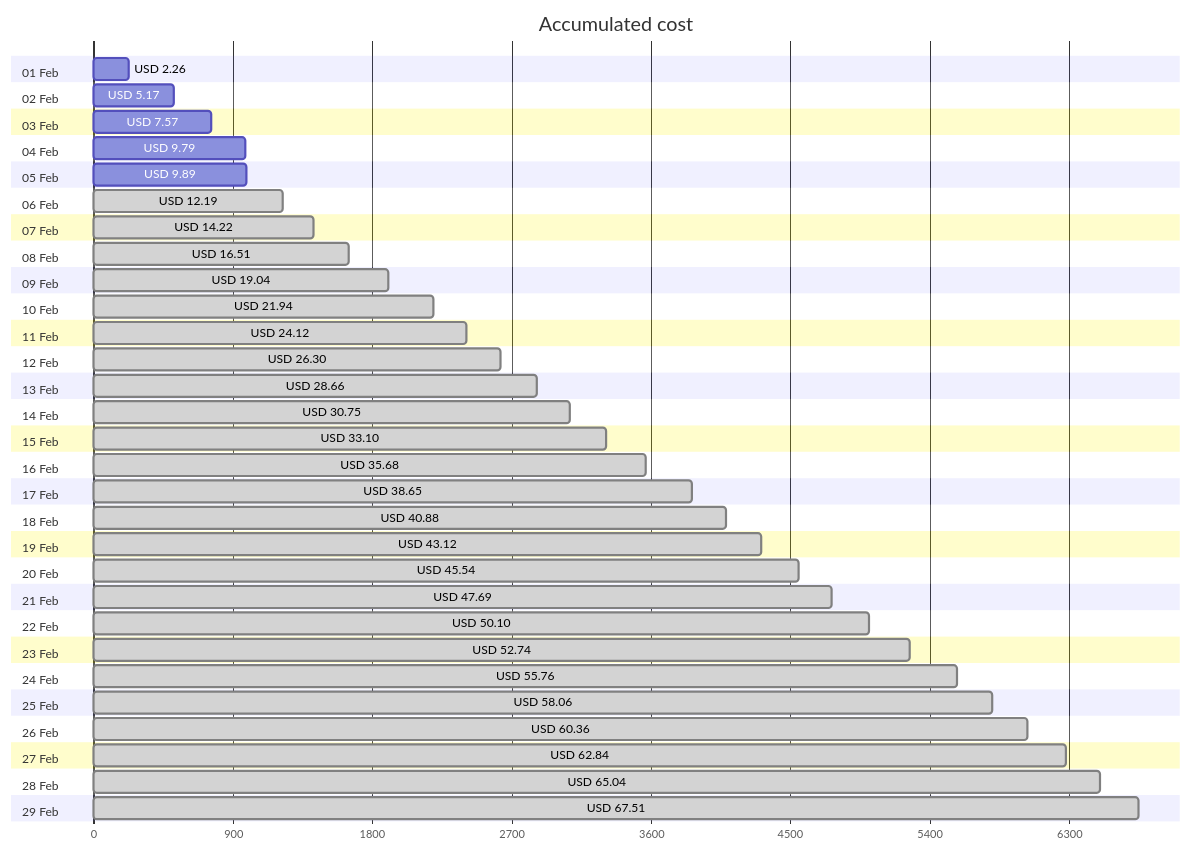
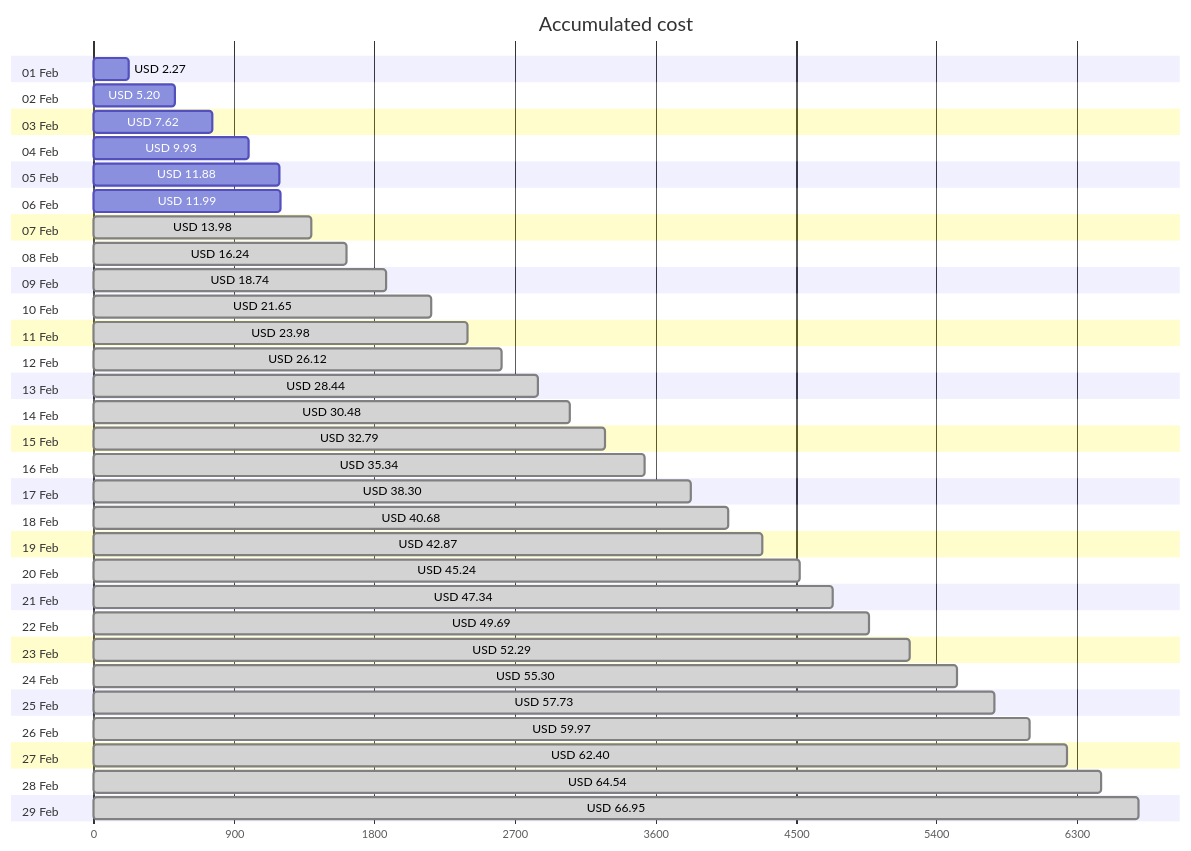
One commit to jpfulton/azure-personal-reports changed the first of 4 diagrams in cost-reports/personal-network/README.md. Above: the diagram before and after it, drawn with Mermaid. The commit also changed other lines of this file and 8 other files, not shown here.

````diff
--- a/cost-reports/personal-network/README.md
+++ b/cost-reports/personal-network/README.md
@@ -20,64 +20,64 @@
 ```mermaid
 gantt
    title Accumulated cost
    dateFormat  X
    axisFormat %s
    section 01 Feb
-   USD 2.26 :0, 226
+   USD 2.27 :0, 227
    section 02 Feb
-   USD 5.17 :0, 517
+   USD 5.20 :0, 520
    section 03 Feb
-   USD 7.57 :0, 757
+   USD 7.62 :0, 762
    section 04 Feb
-   USD 9.79 :0, 979
+   USD 9.93 :0, 993
    section 05 Feb
-   USD 9.89 :0, 989
+   USD 11.88 :0, 1188
    section 06 Feb
-   USD 12.19 : done, 0, 1219
+   USD 11.99 :0, 1199
    section 07 Feb
-   USD 14.22 : done, 0, 1422
+   USD 13.98 : done, 0, 1398
    section 08 Feb
-   USD 16.51 : done, 0, 1651
+   USD 16.24 : done, 0, 1624
    section 09 Feb
-   USD 19.04 : done, 0, 1904
+   USD 18.74 : done, 0, 1874
    section 10 Feb
-   USD 21.94 : done, 0, 2194
+   USD 21.65 : done, 0, 2165
    section 11 Feb
-   USD 24.12 : done, 0, 2412
+   USD 23.98 : done, 0, 2398
    section 12 Feb
-   USD 26.30 : done, 0, 2630
+   USD 26.12 : done, 0, 2612
    section 13 Feb
-   USD 28.66 : done, 0, 2866
+   USD 28.44 : done, 0, 2844
    section 14 Feb
-   USD 30.75 : done, 0, 3075
+   USD 30.48 : done, 0, 3048
    section 15 Feb
-   USD 33.10 : done, 0, 3310
+   USD 32.79 : done, 0, 3279
    section 16 Feb
-   USD 35.68 : done, 0, 3568
+   USD 35.34 : done, 0, 3534
    section 17 Feb
-   USD 38.65 : done, 0, 3865
+   USD 38.30 : done, 0, 3830
    section 18 Feb
-   USD 40.88 : done, 0, 4088
+   USD 40.68 : done, 0, 4068
    section 19 Feb
-   USD 43.12 : done, 0, 4312
+   USD 42.87 : done, 0, 4287
    section 20 Feb
-   USD 45.54 : done, 0, 4554
+   USD 45.24 : done, 0, 4524
    section 21 Feb
-   USD 47.69 : done, 0, 4769
+   USD 47.34 : done, 0, 4734
    section 22 Feb
-   USD 50.10 : done, 0, 5010
+   USD 49.69 : done, 0, 4969
    section 23 Feb
-   USD 52.74 : done, 0, 5274
+   USD 52.29 : done, 0, 5229
    section 24 Feb
-   USD 55.76 : done, 0, 5576
+   USD 55.30 : done, 0, 5530
    section 25 Feb
-   USD 58.06 : done, 0, 5806
+   USD 57.73 : done, 0, 5773
    section 26 Feb
-   USD 60.36 : done, 0, 6036
+   USD 59.97 : done, 0, 5997
    section 27 Feb
-   USD 62.84 : done, 0, 6284
+   USD 62.40 : done, 0, 6240
    section 28 Feb
-   USD 65.04 : done, 0, 6504
+   USD 64.54 : done, 0, 6454
    section 29 Feb
-   USD 67.51 : done, 0, 6751
+   USD 66.95 : done, 0, 6695
 ```
````
